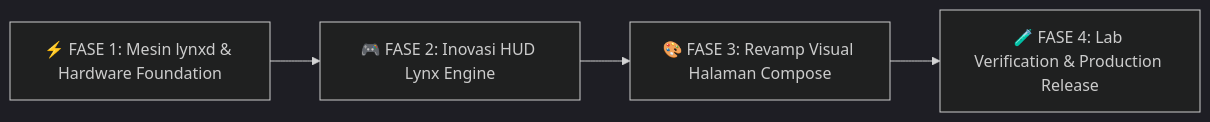
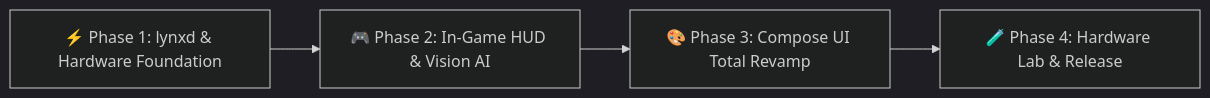
One commit to Zy0x/Lynx changed the diagram in ROADMAP.md. Above: the diagram before and after it, drawn with Mermaid (dark theme). The commit also changed other lines of this file, not shown here.

Commit message:
docs(roadmap): condense engineering roadmap into concise English anti-slop checklist

````diff
--- a/ROADMAP.md
+++ b/ROADMAP.md
@@ -19,6 +11,6 @@
 ```mermaid
 flowchart LR
-    Fase1["⚡ FASE 1: Mesin lynxd & Hardware Foundation"] --> Fase2["🎮 FASE 2: Inovasi HUD Lynx Engine"]
-    Fase2 --> Fase3["🎨 FASE 3: Revamp Visual Halaman Compose"]
-    Fase3 --> Fase4["🧪 FASE 4: Lab Verification & Production Release"]
+    Fase1["⚡ Phase 1: lynxd & Hardware Foundation"] --> Fase2["🎮 Phase 2: In-Game HUD & Vision AI"]
+    Fase2 --> Fase3["🎨 Phase 3: Compose UI Total Revamp"]
+    Fase3 --> Fase4["🧪 Phase 4: Hardware Lab & Release"]
 ```
````
